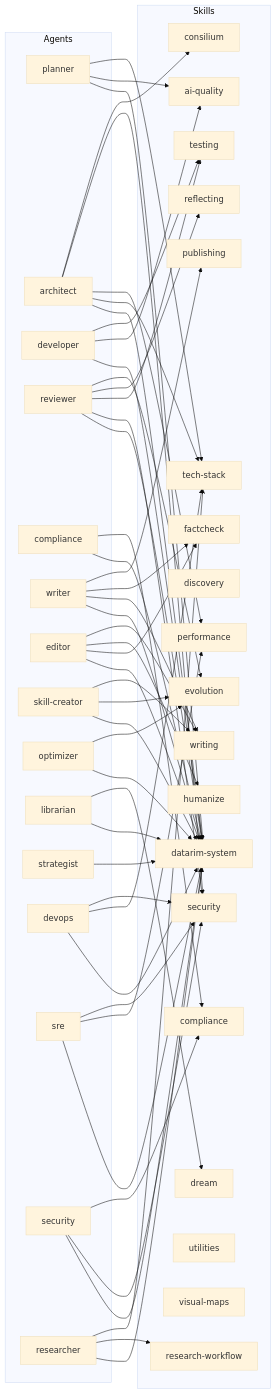
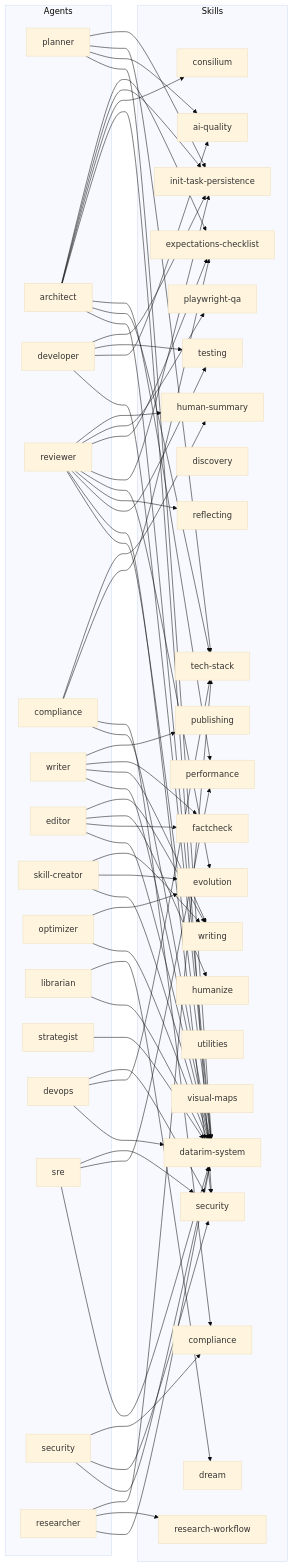
Before and after one commit to Arcanada-one/datarim: the fourth of 4 diagrams in skills/visual-maps/utility-and-dependencies.md, drawn with Mermaid (base theme). The commit also changed other lines of this file and 12 other files, not shown here.

````diff
--- a/skills/visual-maps/utility-and-dependencies.md
+++ b/skills/visual-maps/utility-and-dependencies.md
@@ -105,58 +105,62 @@
 ```mermaid
 graph LR
     subgraph "Agents"
         planner["planner"]
         architect["architect"]
         developer["developer"]
         reviewer["reviewer"]
         comp_agent["compliance"]
         writer_agent["writer"]
         editor_agent["editor"]
         skill_creator["skill-creator"]
         optimizer_agent["optimizer"]
         librarian["librarian"]
         strategist["strategist"]
         devops_agent["devops"]
         sre_agent["sre"]
         security_agent["security"]
         researcher_agent["researcher"]
     end
 
     subgraph "Skills"
         sys["datarim-system"]
         aiq["ai-quality"]
         sec["security"]
         test["testing"]
         perf["performance"]
         tech["tech-stack"]
         cons["consilium"]
         disc["discovery"]
         evo["evolution"]
         refl["reflecting"]
         writ["writing"]
         drm["dream"]
         comp_sk["compliance"]
         fc["factcheck"]
         hum["humanize"]
         pub["publishing"]
         util["utilities"]
         vmap["visual-maps"]
         research_wf["research-workflow"]
+        init_task["init-task-persistence"]
+        expect_sk["expectations-checklist"]
+        play_sk["playwright-qa"]
+        human_sk["human-summary"]
     end
 
-    planner --> sys & aiq & tech
-    architect --> sys & tech & perf & sec & cons
-    developer --> sys & aiq & test
-    reviewer --> sys & sec & test & refl & evo
-    comp_agent --> sys & comp_sk
+    planner --> sys & aiq & tech & init_task
+    architect --> sys & tech & perf & sec & cons & init_task & expect_sk
+    developer --> sys & aiq & test & init_task
+    reviewer --> sys & sec & test & refl & evo & init_task & expect_sk & play_sk & human_sk
+    comp_agent --> sys & comp_sk & expect_sk & human_sk
     writer_agent --> sys & writ & fc & pub
     editor_agent --> sys & fc & hum & writ
     skill_creator --> sys & evo & writ
     optimizer_agent --> sys & evo
     librarian --> sys & drm
     strategist --> sys
     devops_agent --> sys & tech & sec
     sre_agent --> sys & perf & sec
     security_agent --> sys & sec & comp_sk
     researcher_agent --> sys & research_wf & tech
 ```
````
